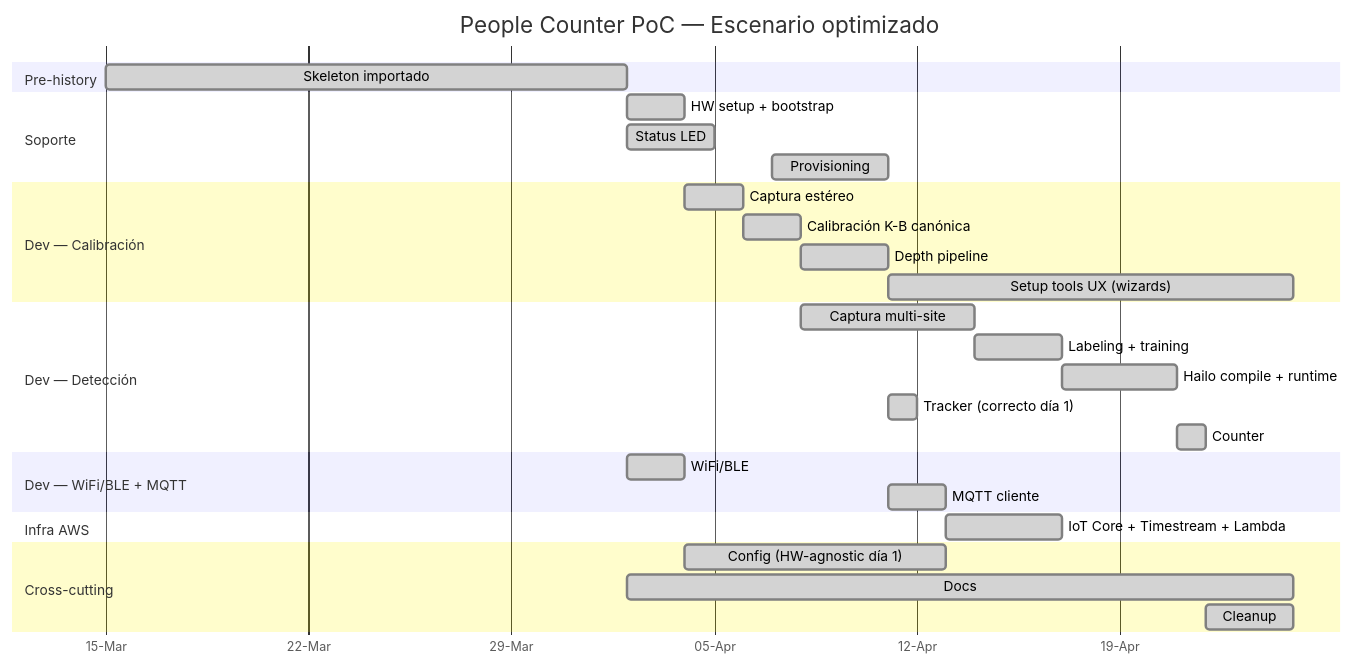
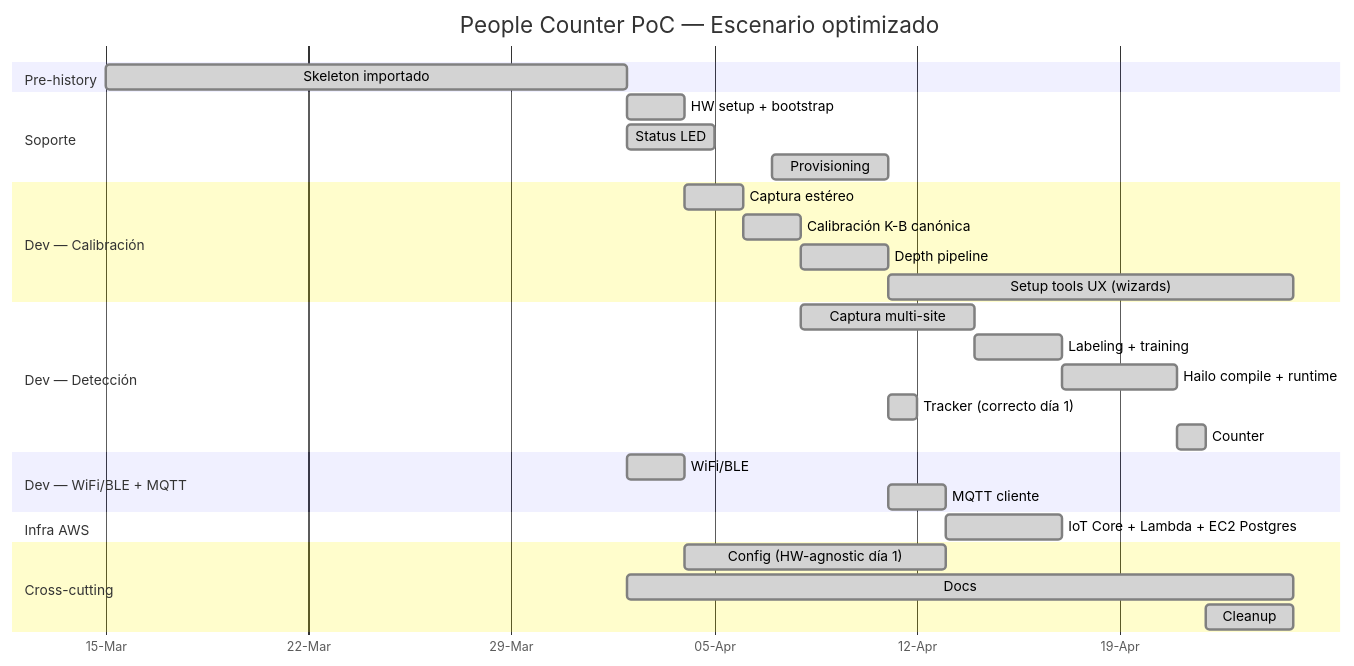
Before and after one commit to maurogasparri/people-counter: the second of 2 diagrams in docs/project-gantt.md, drawn with Mermaid. The commit also changed other lines of this file and 3 other files, not shown here.

````diff
--- a/docs/project-gantt.md
+++ b/docs/project-gantt.md
@@ -549,39 +552,39 @@
 ```mermaid
 gantt
     title People Counter PoC — Escenario optimizado
     dateFormat YYYY-MM-DD
     axisFormat %d-%b
 
     section Pre-history
     Skeleton importado            :done, t00i, 2026-03-15, 18d
 
     section Soporte
     HW setup + bootstrap          :done, t01i, after t00i, 2d
     Status LED                    :done, t07i, 2026-04-02, 3d
     Provisioning                  :done, t11i, 2026-04-07, 4d
 
     section Dev — Calibración
     Captura estéreo               :done, t02i, after t01i, 2d
     Calibración K-B canónica      :done, t03i, after t02i, 2d
     Depth pipeline                :done, t04i, after t03i, 3d
     Setup tools UX (wizards)      :done, t05i, after t04i, 14d
 
     section Dev — Detección
     Captura multi-site            :done, t12i, after t03i, 6d
     Labeling + training           :done, t13i, after t12i, 3d
     Hailo compile + runtime       :done, t14i, after t13i, 4d
     Tracker (correcto día 1)      :done, t15i, after t04i, 1d
     Counter                       :done, t16i, after t14i, 1d
 
     section Dev — WiFi/BLE + MQTT
     WiFi/BLE                      :done, t06i, 2026-04-02, 2d
     MQTT cliente                  :done, t09i, after t04i, 2d
 
     section Infra AWS
-    IoT Core + Timestream + Lambda :done, t10i, after t09i, 4d
+    IoT Core + Lambda + EC2 Postgres :done, t10i, after t09i, 4d
 
     section Cross-cutting
     Config (HW-agnostic día 1)    :done, t08i, after t01i, 9d
     Docs                          :done, t17i, 2026-04-02, 23d
     Cleanup                       :done, t19i, after t16i, 3d
 ```
````
